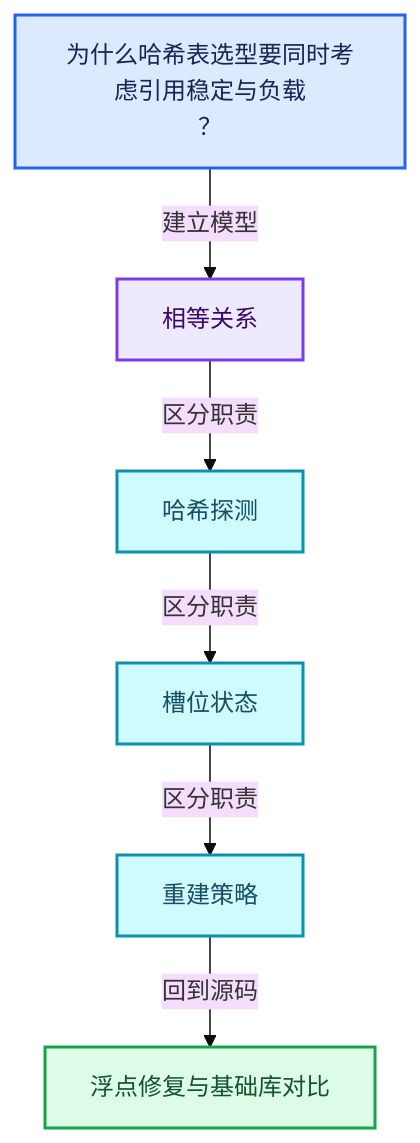
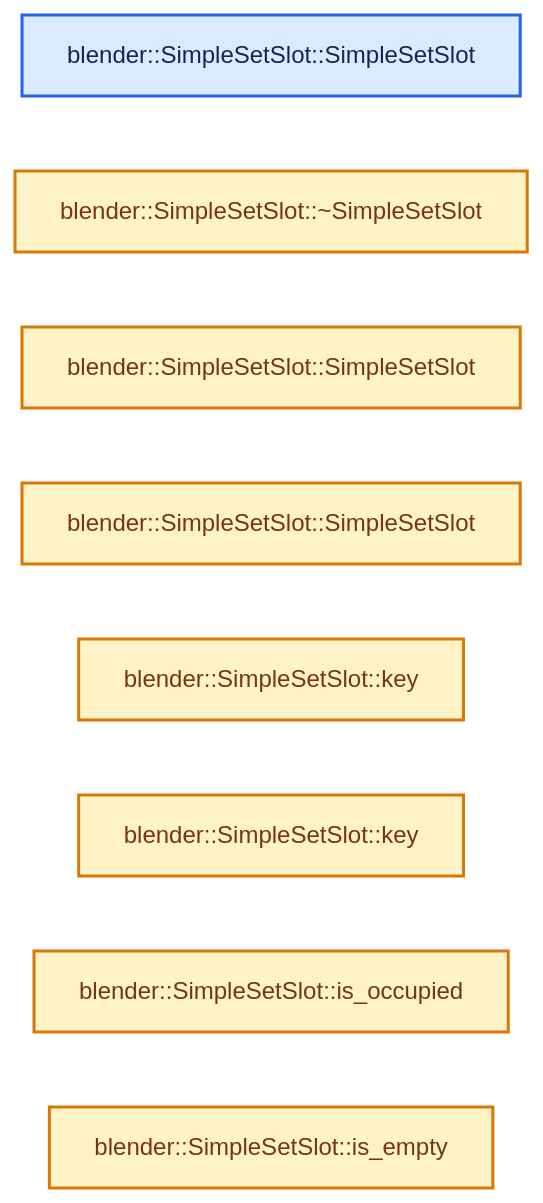
Before and after one commit to yunkezengren/blender-.vscode: the second of 4 diagrams in 杂/markdown/全面学习-codex/02-哈希表与关联数据结构/10-浮点修复与基础库对比.md, drawn with Mermaid (base theme). The commit also changed other lines of this file and 1930 other files, not shown here.

````diff
--- a/杂/markdown/全面学习-codex/02-哈希表与关联数据结构/10-浮点修复与基础库对比.md
+++ b/杂/markdown/全面学习-codex/02-哈希表与关联数据结构/10-浮点修复与基础库对比.md
@@ -58,20 +46,17 @@
 ```mermaid
-flowchart TB
-  Q["为什么哈希表选型要同时考虑引用稳定与负载<br/>？"]:::input
-  C0["相等关系"]:::abstraction
-  C1["哈希探测"]:::data
-  C2["槽位状态"]:::data
-  C3["重建策略"]:::data
-  R["浮点修复与基础库对比"]:::result
-  Q -->|"建立模型"| C0
-  C0 -->|"区分职责"| C1
-  C1 -->|"区分职责"| C2
-  C2 -->|"区分职责"| C3
-  C3 -->|"回到源码"| R
+flowchart LR
+  F0["blender::SimpleSetSlot::SimpleSetSlot"]:::input
+  F1["blender::SimpleSetSlot::~SimpleSetSlot"]:::compute
+  F2["blender::SimpleSetSlot::SimpleSetSlot"]:::compute
+  F3["blender::SimpleSetSlot::SimpleSetSlot"]:::compute
+  F4["blender::SimpleSetSlot::key"]:::compute
+  F5["blender::SimpleSetSlot::key"]:::compute
+  F6["blender::SimpleSetSlot::is_occupied"]:::compute
+  F7["blender::SimpleSetSlot::is_empty"]:::compute
   classDef input fill:#DBEAFE,stroke:#2563EB,color:#172554,stroke-width:2px;
   classDef data fill:#CFFAFE,stroke:#0891B2,color:#164E63,stroke-width:2px;
   classDef abstraction fill:#EDE9FE,stroke:#7C3AED,color:#3B0764,stroke-width:2px;
   classDef compute fill:#FEF3C7,stroke:#D97706,color:#78350F,stroke-width:2px;
   classDef result fill:#DCFCE7,stroke:#16A34A,color:#14532D,stroke-width:2px;
   classDef error fill:#FEE2E2,stroke:#DC2626,color:#7F1D1D,stroke-width:2px;
 ```
````
